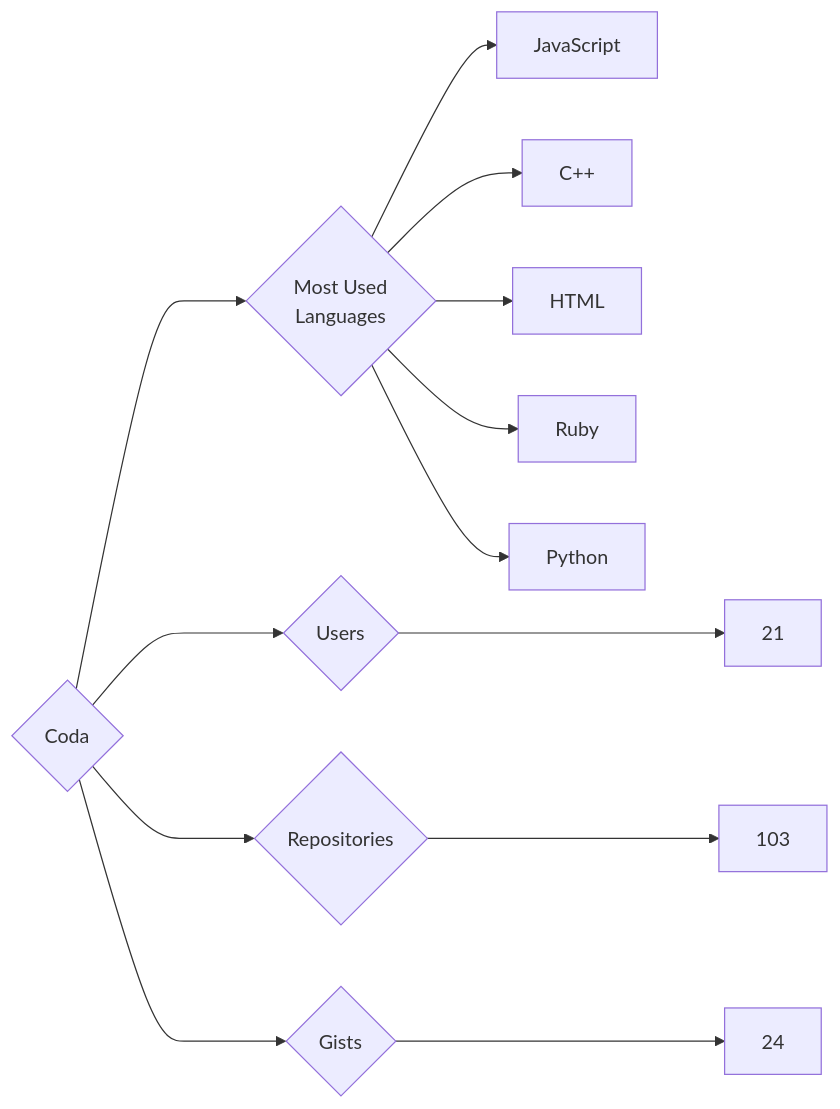
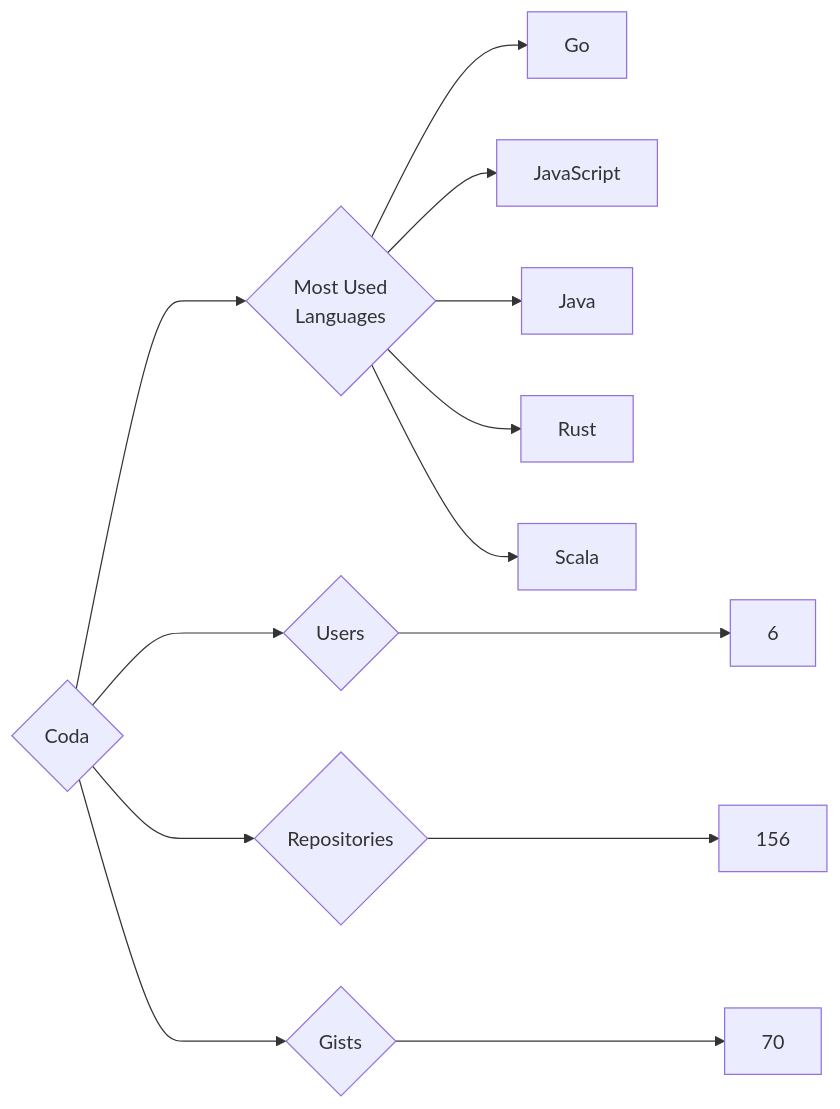
One commit to trickest/insiders changed the diagram in targets/Coda/README.md. Above: the diagram before and after it, drawn with Mermaid. The commit also changed 1314 other files, not shown here.

````diff
--- a/targets/Coda/README.md
+++ b/targets/Coda/README.md
@@ -3,13 +3,13 @@
 ```mermaid
 graph LR
 COMPANY_NAME{Coda}
-COMPANY_NAME ---> U{Users} ---> UN[21]
-COMPANY_NAME ---> R{Repositories} ---> RN[103]
-COMPANY_NAME ---> G{Gists} ---> GN[24]
+COMPANY_NAME ---> U{Users} ---> UN[6]
+COMPANY_NAME ---> R{Repositories} ---> RN[156]
+COMPANY_NAME ---> G{Gists} ---> GN[70]
 COMPANY_NAME ---> ML{Most Used<br>Languages}
+ML --> Go[Go]
 ML --> JavaScript[JavaScript]
-ML --> C++[C++]
-ML --> HTML[HTML]
-ML --> Ruby[Ruby]
-ML --> Python[Python]
+ML --> Java[Java]
+ML --> Rust[Rust]
+ML --> Scala[Scala]
 ```
````
